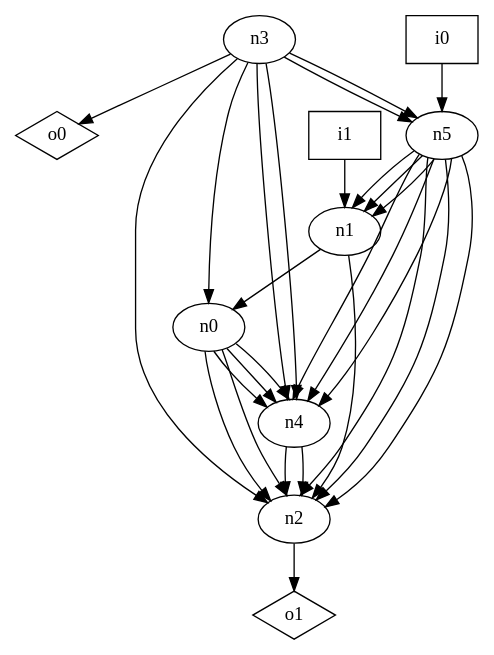
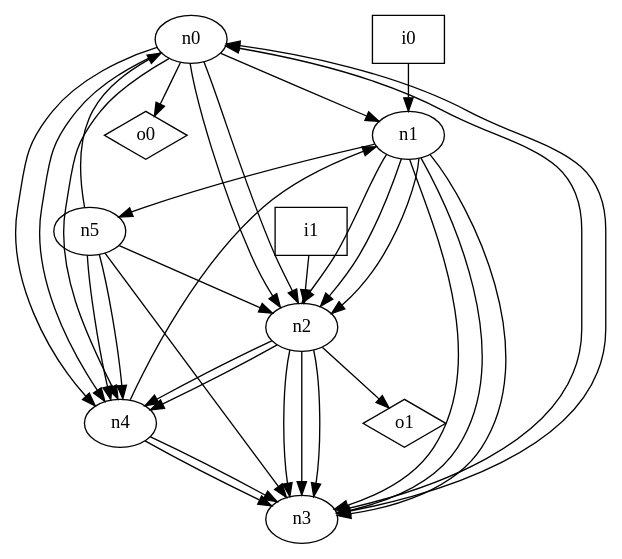
One commit to p9romain/bool-circuits changed the diagram in dot_files/random_graph/oriented_graph.dot. Above: the diagram before and after it, drawn with Graphviz. The commit also changed 70 other files, not shown here.

```diff
--- a/dot_files/random_graph/oriented_graph.dot
+++ b/dot_files/random_graph/oriented_graph.dot
@@ -1,40 +1,44 @@
 digraph G {
 n0 [label="n0"];
 n1 [label="n1"];
 n2 [label="n2"];
 n3 [label="n3"];
 n4 [label="n4"];
 n5 [label="n5"];
 n6 [label="i0",shape="box"];
 n7 [label="i1",shape="box"];
 n8 [label="o0",shape="diamond"];
 n9 [label="o1",shape="diamond"];
+n0 -> n1
 n0 -> n2
 n0 -> n2
 n0 -> n4
 n0 -> n4
 n0 -> n4
-n1 -> n0
+n0 -> n8
 n1 -> n2
+n1 -> n2
+n1 -> n2
+n1 -> n3
+n1 -> n3
+n1 -> n3
+n1 -> n5
+n2 -> n3
+n2 -> n3
+n2 -> n3
+n2 -> n4
+n2 -> n4
 n2 -> n9
 n3 -> n0
-n3 -> n2
-n3 -> n4
-n3 -> n4
-n3 -> n5
-n3 -> n5
-n3 -> n8
-n4 -> n2
-n4 -> n2
-n5 -> n1
-n5 -> n1
-n5 -> n1
+n3 -> n0
+n4 -> n1
+n4 -> n3
+n4 -> n3
+n5 -> n0
 n5 -> n2
-n5 -> n2
-n5 -> n2
+n5 -> n3
 n5 -> n4
 n5 -> n4
-n5 -> n4
-n6 -> n5
-n7 -> n1
+n6 -> n1
+n7 -> n2
 }
```
